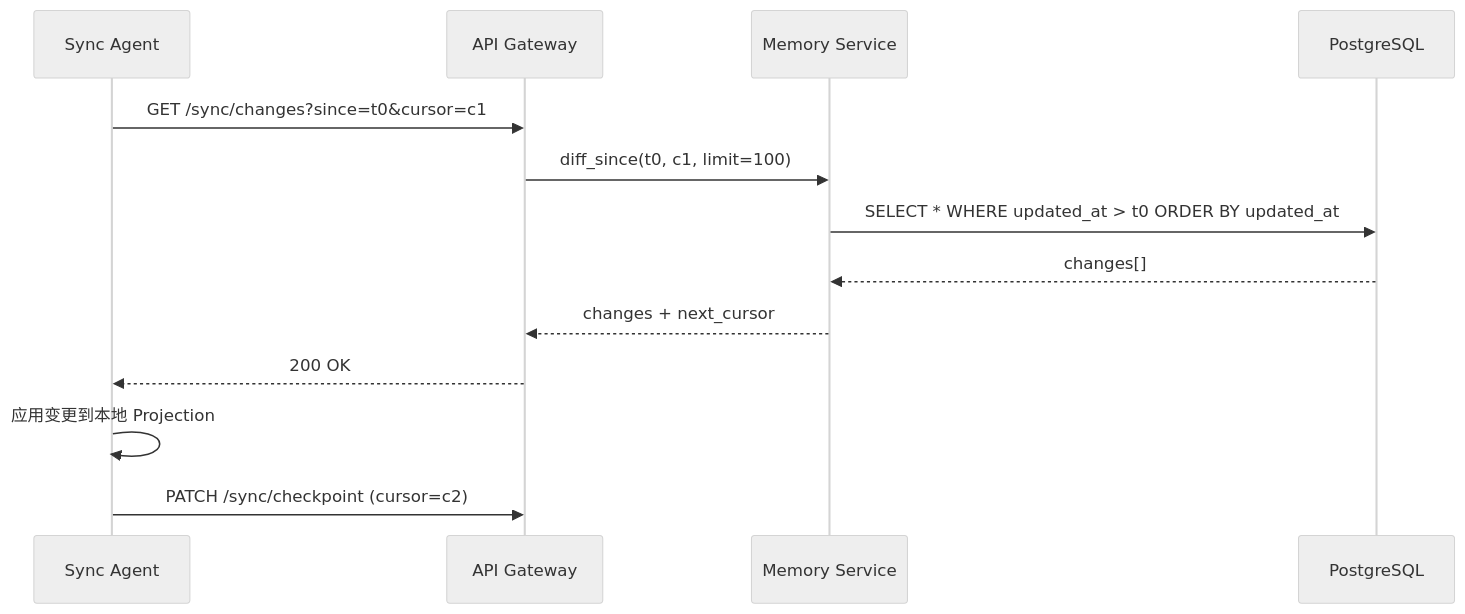
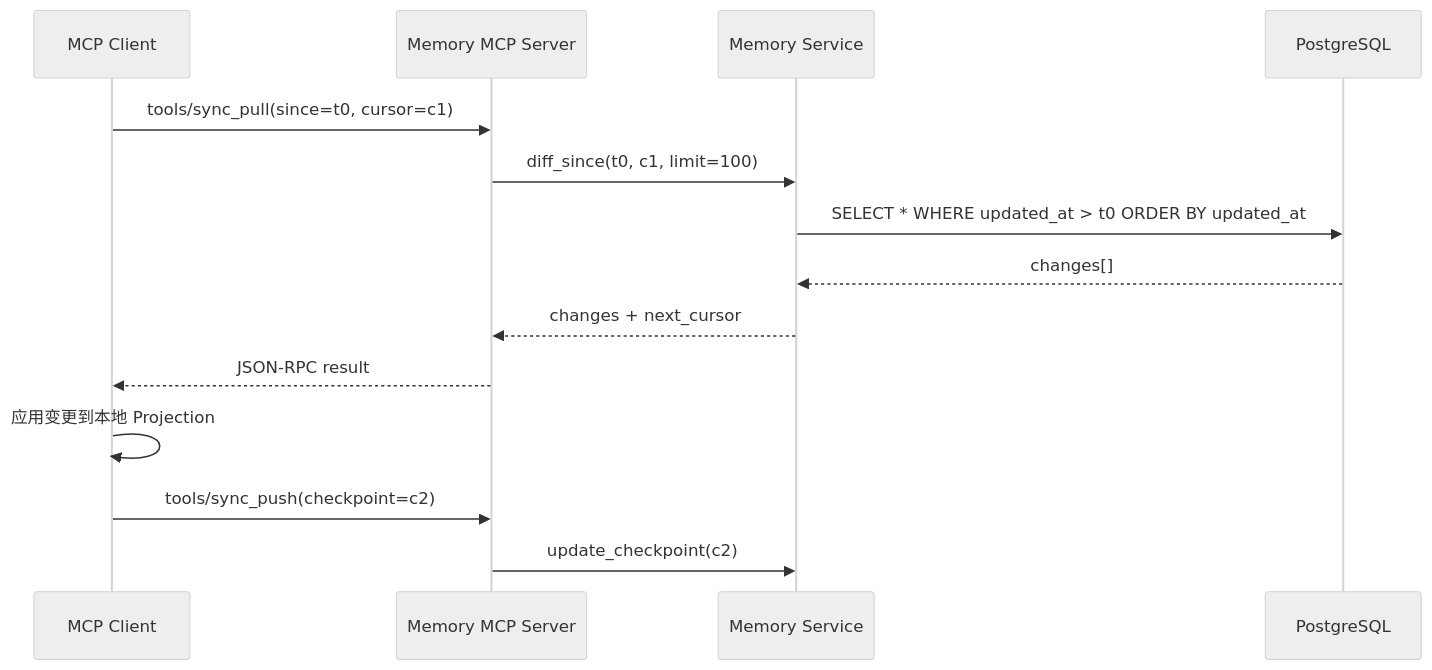
Before and after one commit to chad1987/All-Memory: the fourth of 4 diagrams in Design.md, drawn with Mermaid (neutral theme). The commit also changed other lines of this file, not shown here.

First line of the commit message:
docs: 将设计升级为 MCP Server 架构 v3.0

````diff
--- a/Design.md
+++ b/Design.md
@@ -743,16 +1177,17 @@
 ```mermaid
 sequenceDiagram
-    participant Client as Sync Agent
-    participant API as API Gateway
+    participant Client as MCP Client
+    participant MCP as Memory MCP Server
     participant MS as Memory Service
     participant DB as PostgreSQL
 
-    Client->>API: GET /sync/changes?since=t0&cursor=c1
-    API->>MS: diff_since(t0, c1, limit=100)
+    Client->>MCP: tools/sync_pull(since=t0, cursor=c1)
+    MCP->>MS: diff_since(t0, c1, limit=100)
     MS->>DB: SELECT * WHERE updated_at > t0 ORDER BY updated_at
     DB-->>MS: changes[]
-    MS-->>API: changes + next_cursor
-    API-->>Client: 200 OK
+    MS-->>MCP: changes + next_cursor
+    MCP-->>Client: JSON-RPC result
     Client->>Client: 应用变更到本地 Projection
-    Client->>API: PATCH /sync/checkpoint (cursor=c2)
+    Client->>MCP: tools/sync_push(checkpoint=c2)
+    MCP->>MS: update_checkpoint(c2)
 ```
````
